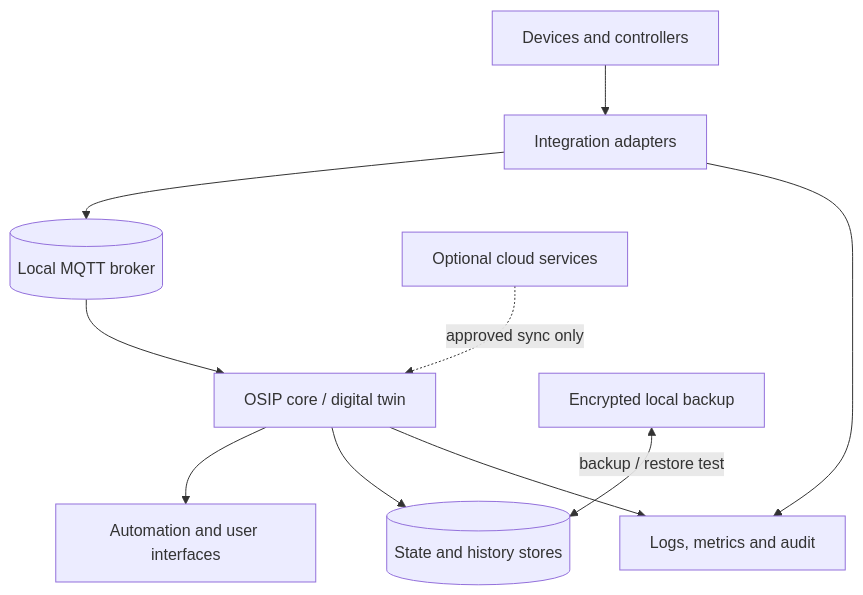
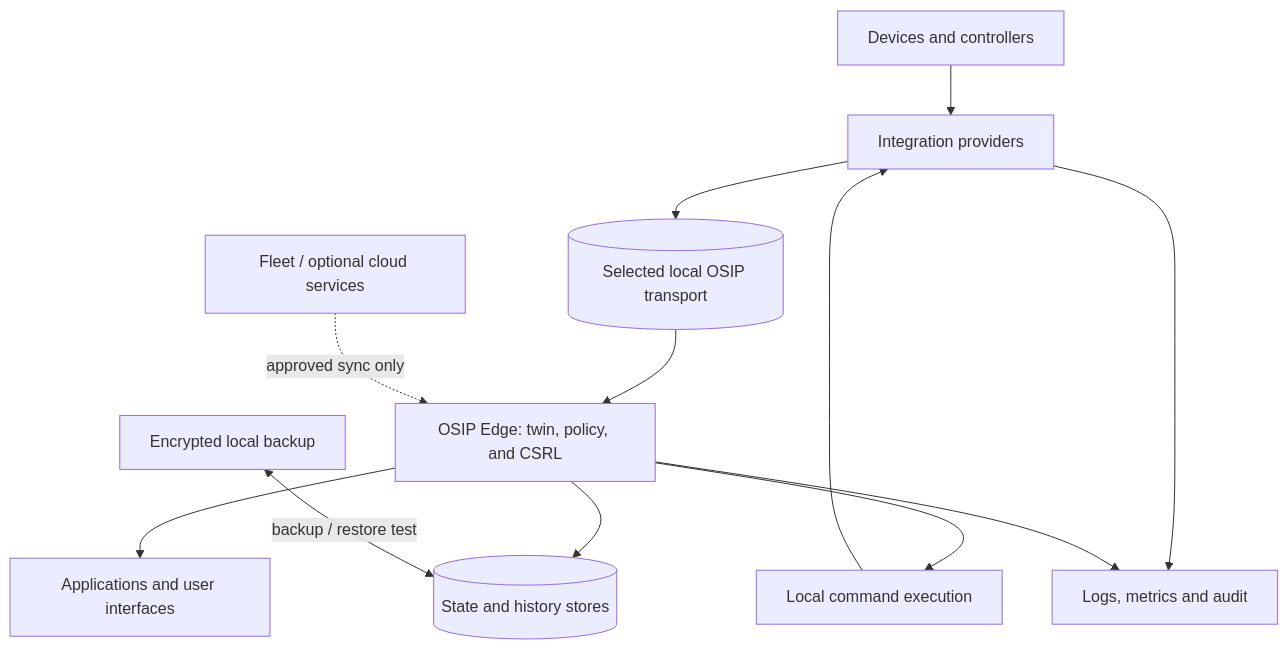
One commit to 3hllc/osip-docs changed the diagram in docs/en/architecture/deployment-architecture.md. Above: the diagram before and after it, drawn with Mermaid. The commit also changed other lines of this file and 91 other files, not shown here.

Commit message:
Define OSIP reasoning and deployment architecture

````diff
--- a/docs/en/architecture/deployment-architecture.md
+++ b/docs/en/architecture/deployment-architecture.md
@@ -11,12 +11,14 @@
 ```mermaid
 flowchart TB
-  D[Devices and controllers] --> I[Integration adapters]
-  I --> M[(Local MQTT broker)]
-  M --> C[OSIP core / digital twin]
-  C --> A[Automation and user interfaces]
-  C --> S[(State and history stores)]
+  D[Devices and controllers] --> I[Integration providers]
+  I --> M[(Selected local OSIP transport)]
+  M --> E[OSIP Edge: twin, policy, and CSRL]
+  E --> A[Applications and user interfaces]
+  E --> C[Local command execution]
+  C --> I
+  E --> S[(State and history stores)]
   I --> O[Logs, metrics and audit]
-  C --> O
+  E --> O
   B[Encrypted local backup] <-->|backup / restore test| S
-  X[Optional cloud services] -. approved sync only .-> C
+  X[Fleet / optional cloud services] -. approved sync only .-> E
 ```
````
